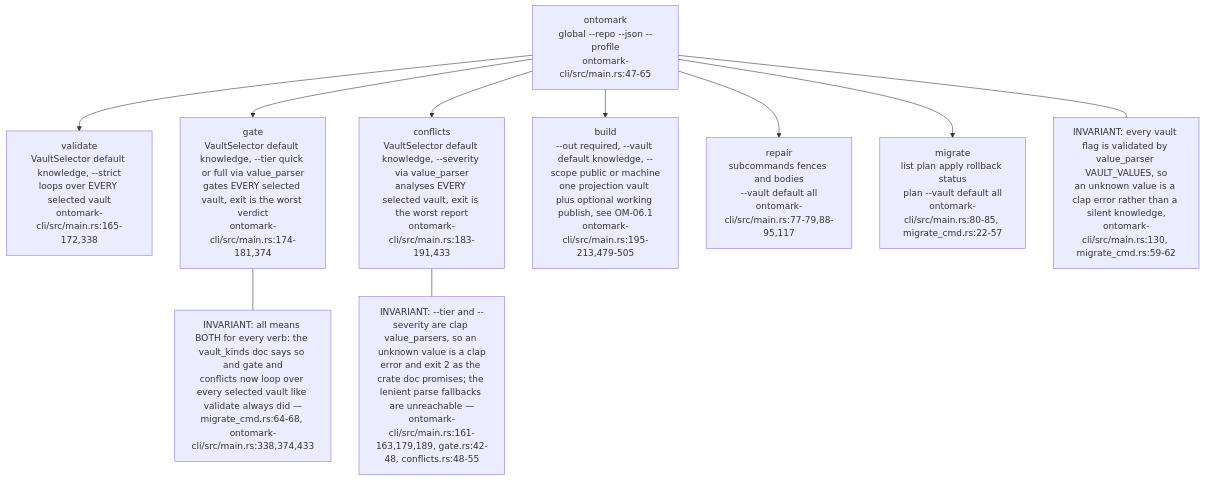
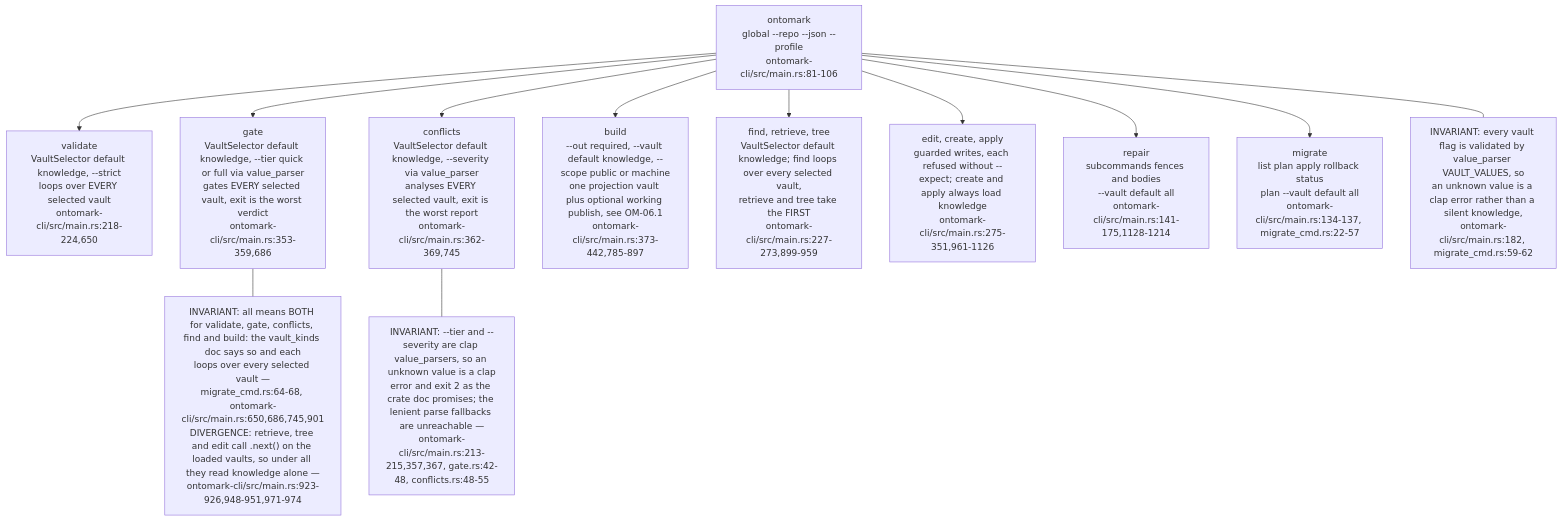
The first of 6 diagrams in docs/diagrams/ontomark/05-cli-commands-vault-selector-and-exit-codes.md (DreamLab-AI/VisionFlow), drawn with Mermaid before and after one commit. The commit also changed other lines of this file and 160 other files, not shown here.

````diff
--- a/docs/diagrams/ontomark/05-cli-commands-vault-selector-and-exit-codes.md
+++ b/docs/diagrams/ontomark/05-cli-commands-vault-selector-and-exit-codes.md
@@ -31,22 +32,26 @@
 ```mermaid
 flowchart TD
-    CLI["ontomark<br/>global --repo --json --profile<br/>ontomark-cli/src/main.rs:47-65"]
-    VAL["validate<br/>VaultSelector default knowledge, --strict<br/>loops over EVERY selected vault<br/>ontomark-cli/src/main.rs:165-172,338"]
-    GATE["gate<br/>VaultSelector default knowledge, --tier quick or full via value_parser<br/>gates EVERY selected vault, exit is the worst verdict<br/>ontomark-cli/src/main.rs:174-181,374"]
-    CONF["conflicts<br/>VaultSelector default knowledge, --severity via value_parser<br/>analyses EVERY selected vault, exit is the worst report<br/>ontomark-cli/src/main.rs:183-191,433"]
-    BUILD["build<br/>--out required, --vault default knowledge, --scope public or machine<br/>one projection vault plus optional working publish, see OM-06.1<br/>ontomark-cli/src/main.rs:195-213,479-505"]
-    REPAIR["repair<br/>subcommands fences and bodies<br/>--vault default all<br/>ontomark-cli/src/main.rs:77-79,88-95,117"]
-    MIG["migrate<br/>list plan apply rollback status<br/>plan --vault default all<br/>ontomark-cli/src/main.rs:80-85, migrate_cmd.rs:22-57"]
+    CLI["ontomark<br/>global --repo --json --profile<br/>ontomark-cli/src/main.rs:81-106"]
+    VAL["validate<br/>VaultSelector default knowledge, --strict<br/>loops over EVERY selected vault<br/>ontomark-cli/src/main.rs:218-224,650"]
+    GATE["gate<br/>VaultSelector default knowledge, --tier quick or full via value_parser<br/>gates EVERY selected vault, exit is the worst verdict<br/>ontomark-cli/src/main.rs:353-359,686"]
+    CONF["conflicts<br/>VaultSelector default knowledge, --severity via value_parser<br/>analyses EVERY selected vault, exit is the worst report<br/>ontomark-cli/src/main.rs:362-369,745"]
+    BUILD["build<br/>--out required, --vault default knowledge, --scope public or machine<br/>one projection vault plus optional working publish, see OM-06.1<br/>ontomark-cli/src/main.rs:373-442,785-897"]
+    QRY["find, retrieve, tree<br/>VaultSelector default knowledge; find loops over every selected vault,<br/>retrieve and tree take the FIRST<br/>ontomark-cli/src/main.rs:227-273,899-959"]
+    WR["edit, create, apply<br/>guarded writes, each refused without --expect; create and apply always load knowledge<br/>ontomark-cli/src/main.rs:275-351,961-1126"]
+    REPAIR["repair<br/>subcommands fences and bodies<br/>--vault default all<br/>ontomark-cli/src/main.rs:141-175,1128-1214"]
+    MIG["migrate<br/>list plan apply rollback status<br/>plan --vault default all<br/>ontomark-cli/src/main.rs:134-137, migrate_cmd.rs:22-57"]
     CLI --> VAL
     CLI --> GATE
     CLI --> CONF
     CLI --> BUILD
+    CLI --> QRY
+    CLI --> WR
     CLI --> REPAIR
     CLI --> MIG
-    n1["INVARIANT: every vault flag is validated by value_parser VAULT_VALUES, so<br/>an unknown value is a clap error rather than a silent knowledge,<br/>ontomark-cli/src/main.rs:130, migrate_cmd.rs:59-62"]
-    n2["INVARIANT: all means BOTH for every verb: the vault_kinds doc says so and gate and<br/>conflicts now loop over every selected vault like validate always did —<br/>migrate_cmd.rs:64-68, ontomark-cli/src/main.rs:338,374,433"]
-    n3["INVARIANT: --tier and --severity are clap value_parsers, so an unknown value is a clap<br/>error and exit 2 as the crate doc promises; the lenient parse fallbacks are unreachable —<br/>ontomark-cli/src/main.rs:161-163,179,189, gate.rs:42-48, conflicts.rs:48-55"]
+    n1["INVARIANT: every vault flag is validated by value_parser VAULT_VALUES, so<br/>an unknown value is a clap error rather than a silent knowledge,<br/>ontomark-cli/src/main.rs:182, migrate_cmd.rs:59-62"]
+    n2["INVARIANT: all means BOTH for validate, gate, conflicts, find and build: the vault_kinds doc says so and each<br/>loops over every selected vault —<br/>migrate_cmd.rs:64-68, ontomark-cli/src/main.rs:650,686,745,901<br/>DIVERGENCE: retrieve, tree and edit call .next() on the loaded vaults, so under all they read knowledge alone —<br/>ontomark-cli/src/main.rs:923-926,948-951,971-974"]
+    n3["INVARIANT: --tier and --severity are clap value_parsers, so an unknown value is a clap<br/>error and exit 2 as the crate doc promises; the lenient parse fallbacks are unreachable —<br/>ontomark-cli/src/main.rs:213-215,357,367, gate.rs:42-48, conflicts.rs:48-55"]
     GATE --- n2
     CONF --- n3
     CLI --- n1
 ```
````
